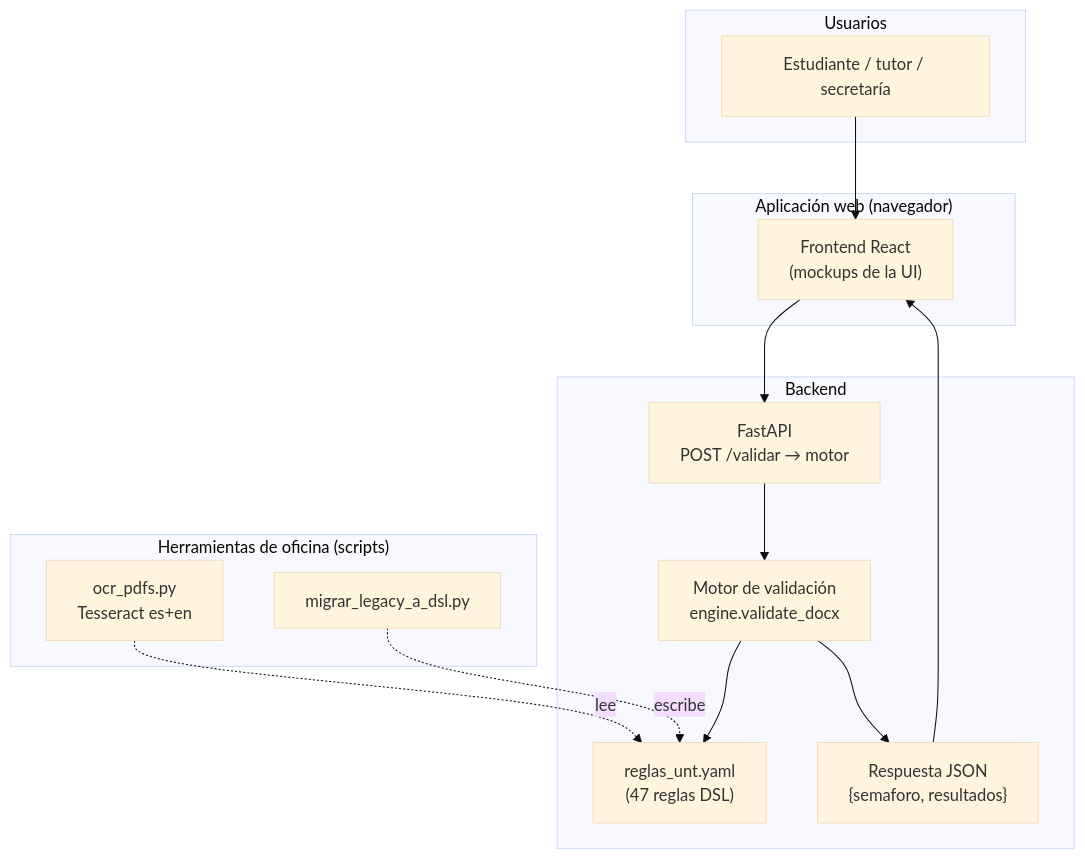
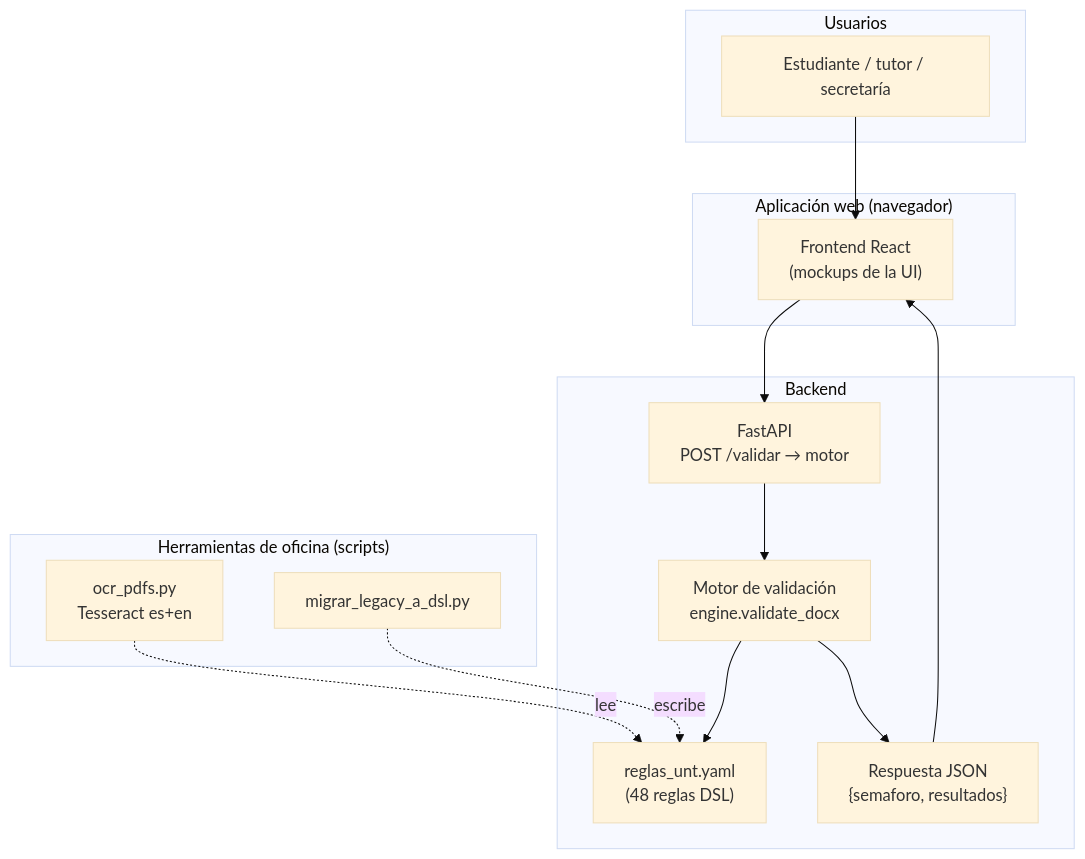
The second of 7 diagrams in docs/diseno/01_arq_motor.md (IvanSanchezSil/vistobueno), drawn with Mermaid (base theme) before and after one commit. The commit also changed other lines of this file and 16 other files, not shown here.

````diff
--- a/docs/diseno/01_arq_motor.md
+++ b/docs/diseno/01_arq_motor.md
@@ -89,31 +89,31 @@
 ```mermaid
 flowchart TB
     subgraph USR["Usuarios"]
         EST["Estudiante / tutor / secretaría"]
     end
 
     subgraph WEB["Aplicación web (navegador)"]
         FR["Frontend React<br/>(mockups de la UI)"]
     end
 
     subgraph API_B["Backend"]
         FAPI["FastAPI<br/>POST /validar → motor"]
         SM["Motor de validación<br/>engine.validate_docx"]
-        REG["reglas_unt.yaml<br/>(47 reglas DSL)"]
+        REG["reglas_unt.yaml<br/>(48 reglas DSL)"]
         OUT["Respuesta JSON<br/>{semaforo, resultados}"]
     end
 
     subgraph OFF["Herramientas de oficina (scripts)"]
         OCR["ocr_pdfs.py<br/>Tesseract es+en"]
         MIG["migrar_legacy_a_dsl.py"]
     end
 
     EST --> FR
     FR --> FAPI
     FAPI --> SM
     SM --> REG
     SM --> OUT
     OUT --> FR
     OCR -. lee .-> REG
     MIG -. escribe .-> REG
 ```
````
